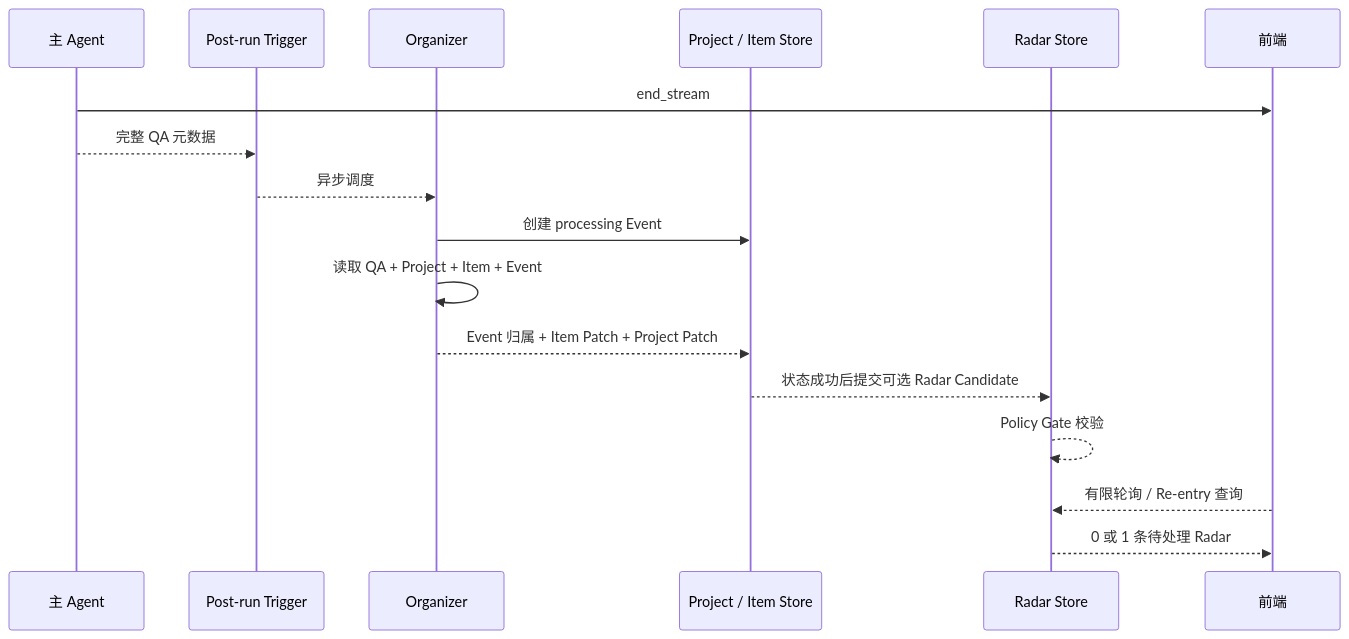
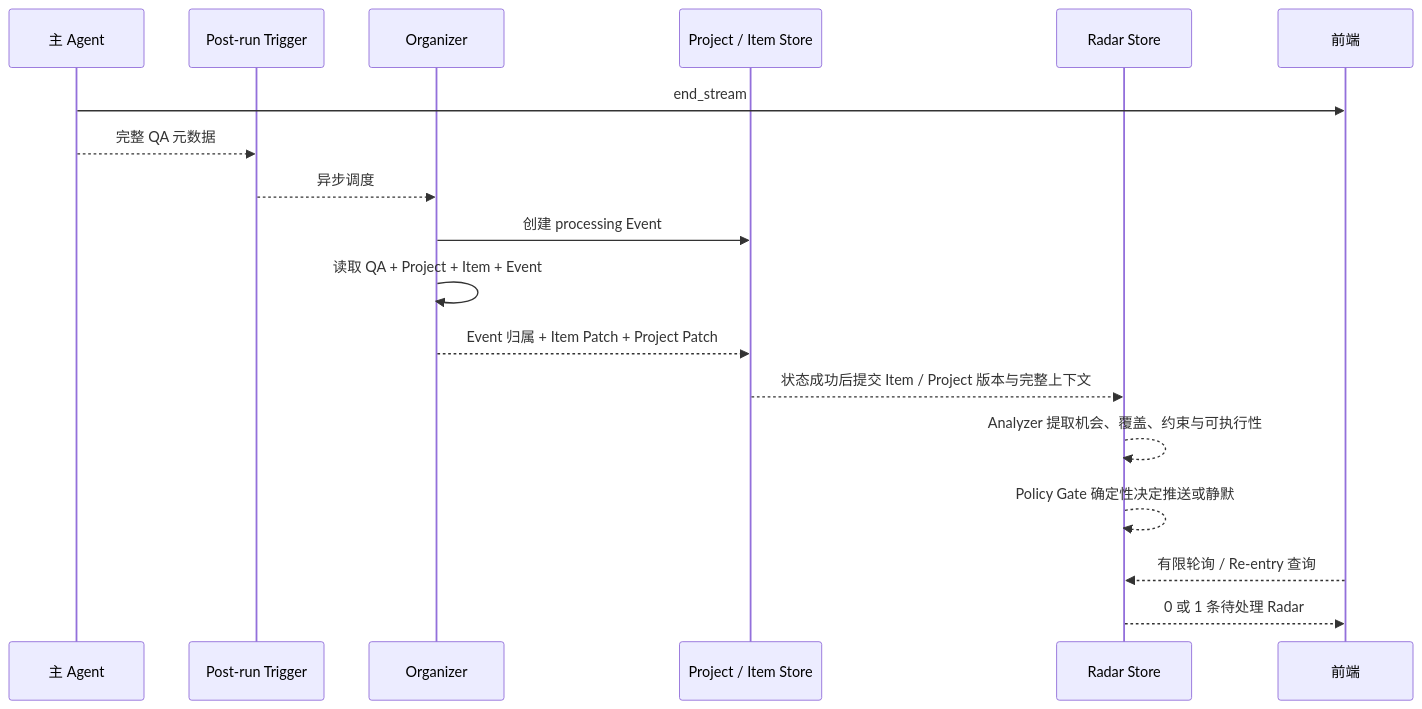
One commit to 1firecracker/project-radar-docs changed the third of 4 diagrams in public/content/raw/02-架构与设计/技术设计.md. Above: the diagram before and after it, drawn with Mermaid. The commit also changed other lines of this file and 20 other files, not shown here.

Commit message:
docs: refresh Project Radar snapshot

````diff
--- a/public/content/raw/02-架构与设计/技术设计.md
+++ b/public/content/raw/02-架构与设计/技术设计.md
@@ -100,20 +100,21 @@
 ```mermaid
 sequenceDiagram
   participant Main as 主 Agent
   participant Trigger as Post-run Trigger
   participant Organizer as Organizer
   participant State as Project / Item Store
   participant Radar as Radar Store
   participant UI as 前端
 
   Main->>UI: end_stream
   Main-->>Trigger: 完整 QA 元数据
   Trigger-->>Organizer: 异步调度
   Organizer->>State: 创建 processing Event
   Organizer->>Organizer: 读取 QA + Project + Item + Event
   Organizer-->>State: Event 归属 + Item Patch + Project Patch
-  State-->>Radar: 状态成功后提交可选 Radar Candidate
-  Radar-->>Radar: Policy Gate 校验
+  State-->>Radar: 状态成功后提交 Item / Project 版本与完整上下文
+  Radar-->>Radar: Analyzer 提取机会、覆盖、约束与可执行性
+  Radar-->>Radar: Policy Gate 确定性决定推送或静默
   UI-->>Radar: 有限轮询 / Re-entry 查询
   Radar-->>UI: 0 或 1 条待处理 Radar
 ```
````
